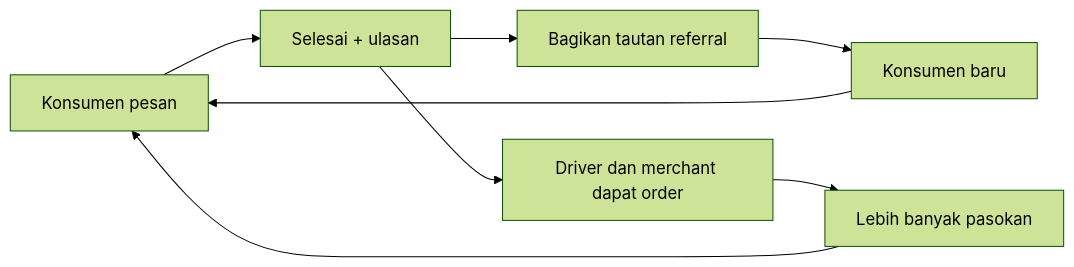
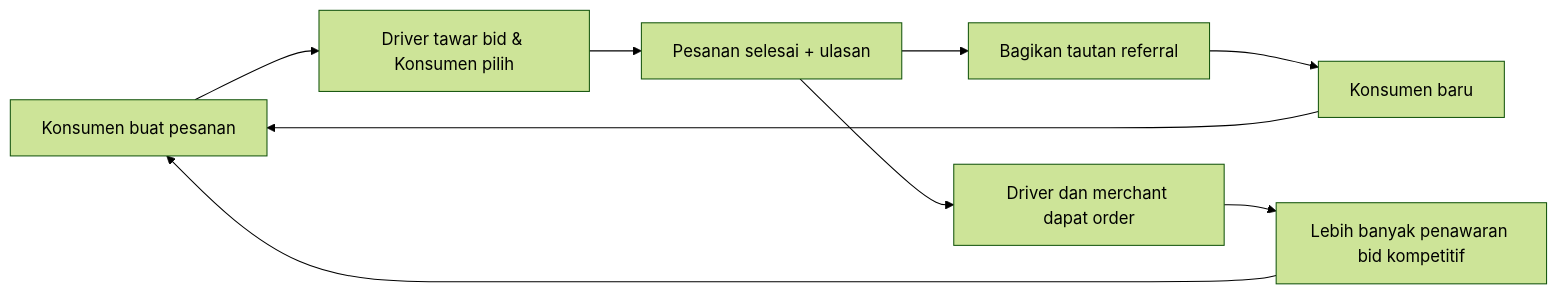
Before and after one commit to rizalfarhan613-1909/CampusXpress: the diagram in docs/Bussiness.md, drawn with Mermaid (forest theme). The commit also changed other lines of this file and 132 other files, not shown here.

````diff
--- a/docs/Bussiness.md
+++ b/docs/Bussiness.md
@@ -80,10 +101,11 @@
 ```mermaid
 flowchart LR
-  A[Konsumen pesan] --> B[Selesai + ulasan]
-  B --> C[Bagikan tautan referral]
-  C --> D[Konsumen baru]
-  D --> A
-  B --> E[Driver dan merchant dapat order]
-  E --> F[Lebih banyak pasokan]
-  F --> A
+  A[Konsumen buat pesanan] --> B[Driver tawar bid & Konsumen pilih]
+  B --> C[Pesanan selesai + ulasan]
+  C --> D[Bagikan tautan referral]
+  D --> E[Konsumen baru]
+  E --> A
+  C --> F[Driver dan merchant dapat order]
+  F --> G[Lebih banyak penawaran bid kompetitif]
+  G --> A
 ```
````
